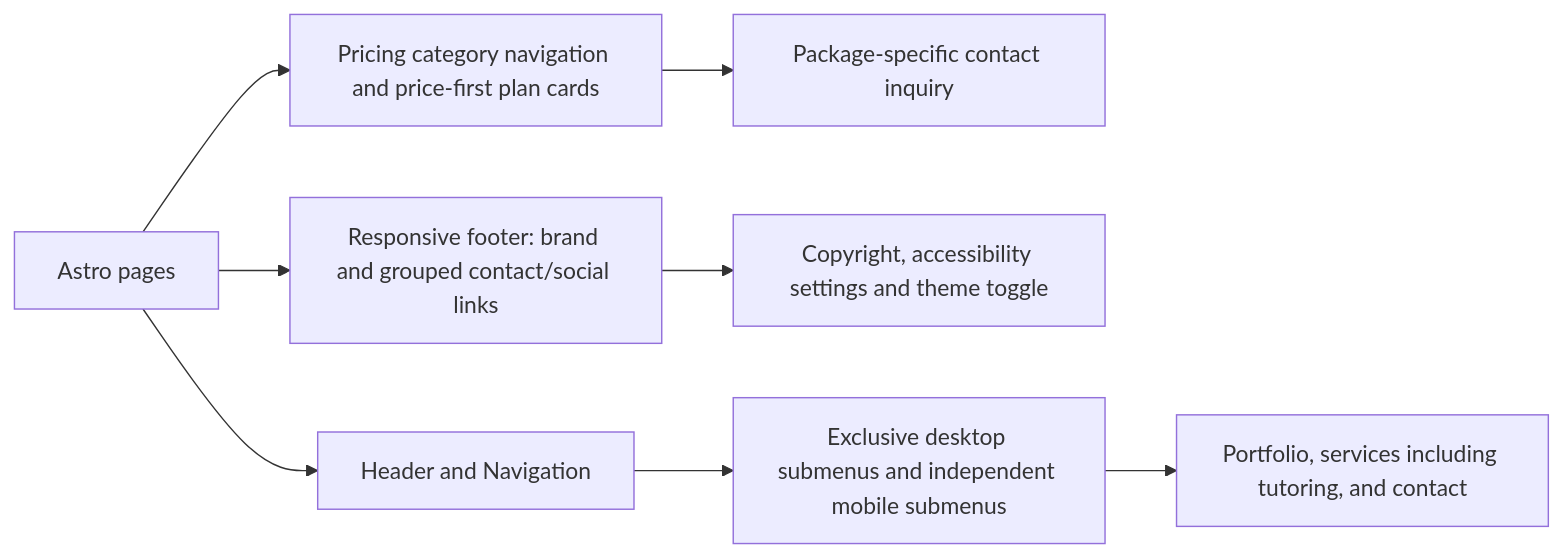
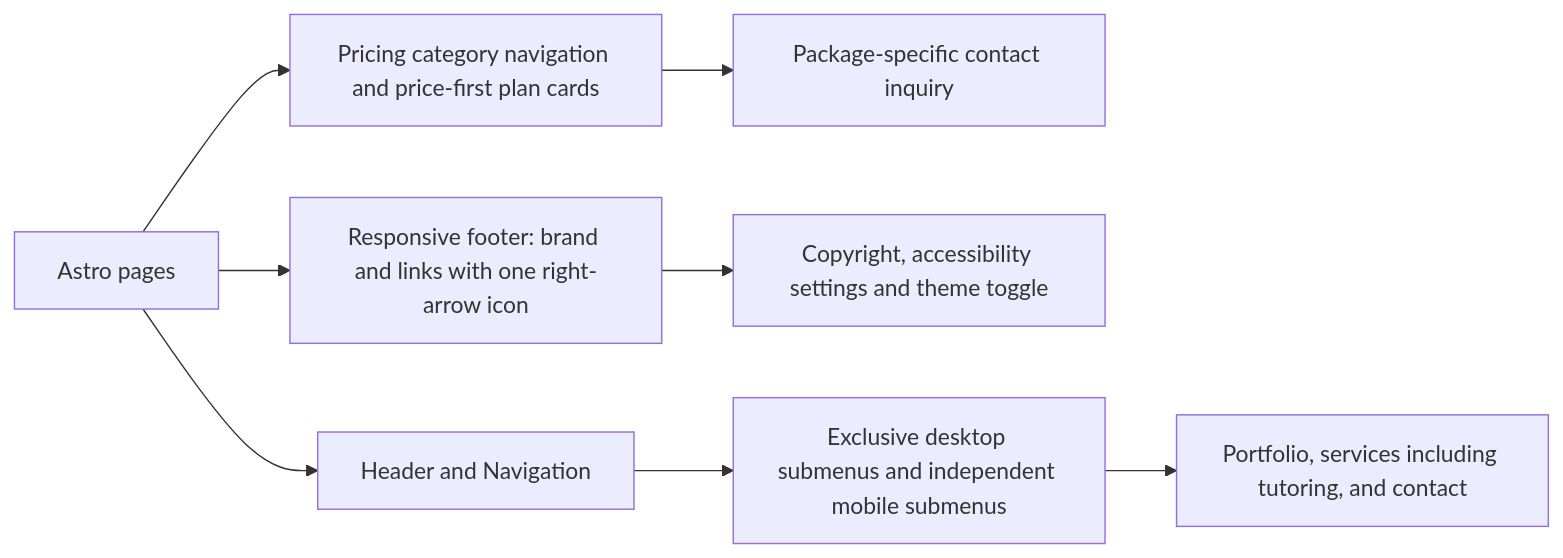
The diagram in src/components/readme.md (anoblet/astronautical-apogee), drawn with Mermaid before and after one commit. The commit also changed other lines of this file and 3 other files, not shown here.

Commit message:
fix(footer): use a consistent arrow for every link

````diff
--- a/src/components/readme.md
+++ b/src/components/readme.md
@@ -23,10 +23,10 @@
 ```mermaid
 flowchart LR
   Routes[Astro pages] --> Pricing[Pricing category navigation and price-first plan cards]
   Pricing --> Inquiry[Package-specific contact inquiry]
-  Routes --> Footer[Responsive footer: brand and grouped contact/social links]
+  Routes --> Footer[Responsive footer: brand and links with one right-arrow icon]
   Footer --> Utilities[Copyright, accessibility settings and theme toggle]
   Routes[Astro pages] --> Header[Header and Navigation]
   Header --> Menu[Exclusive desktop submenus and independent mobile submenus]
   Menu --> Destinations[Portfolio, services including tutoring, and contact]
 ```
````
